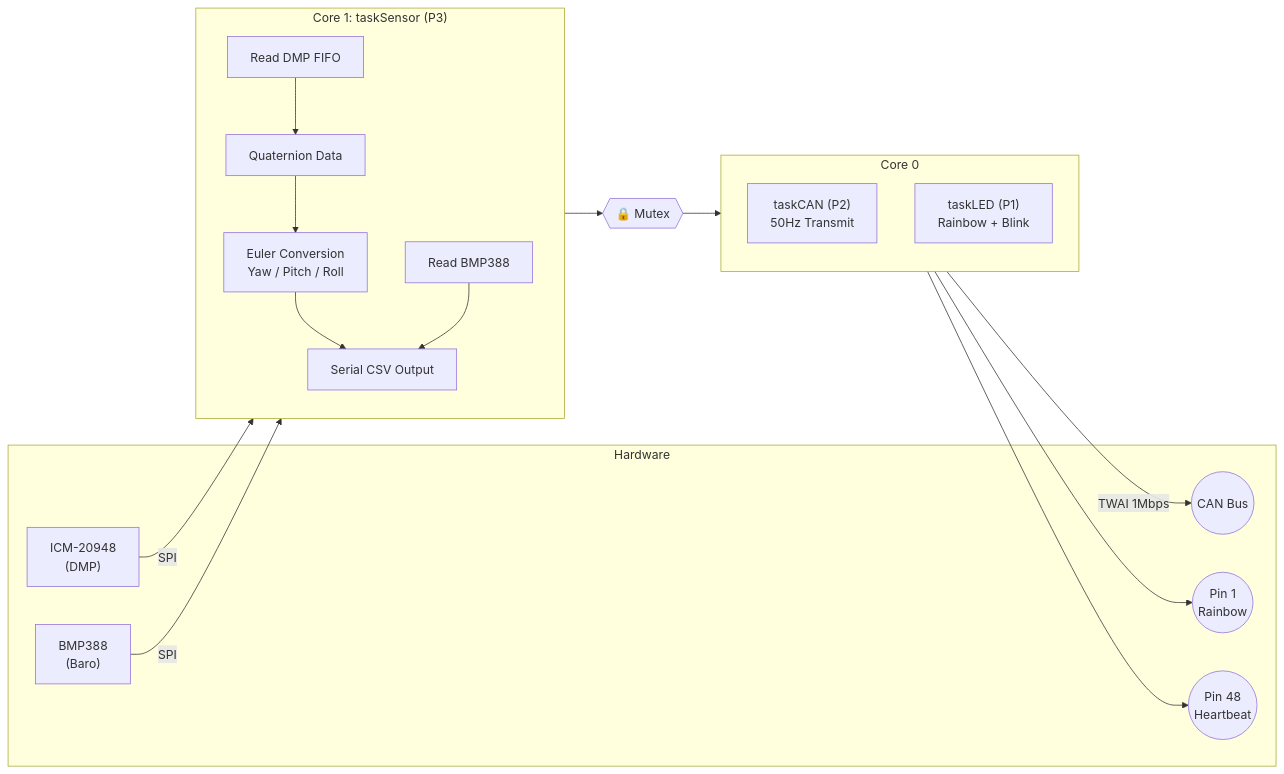
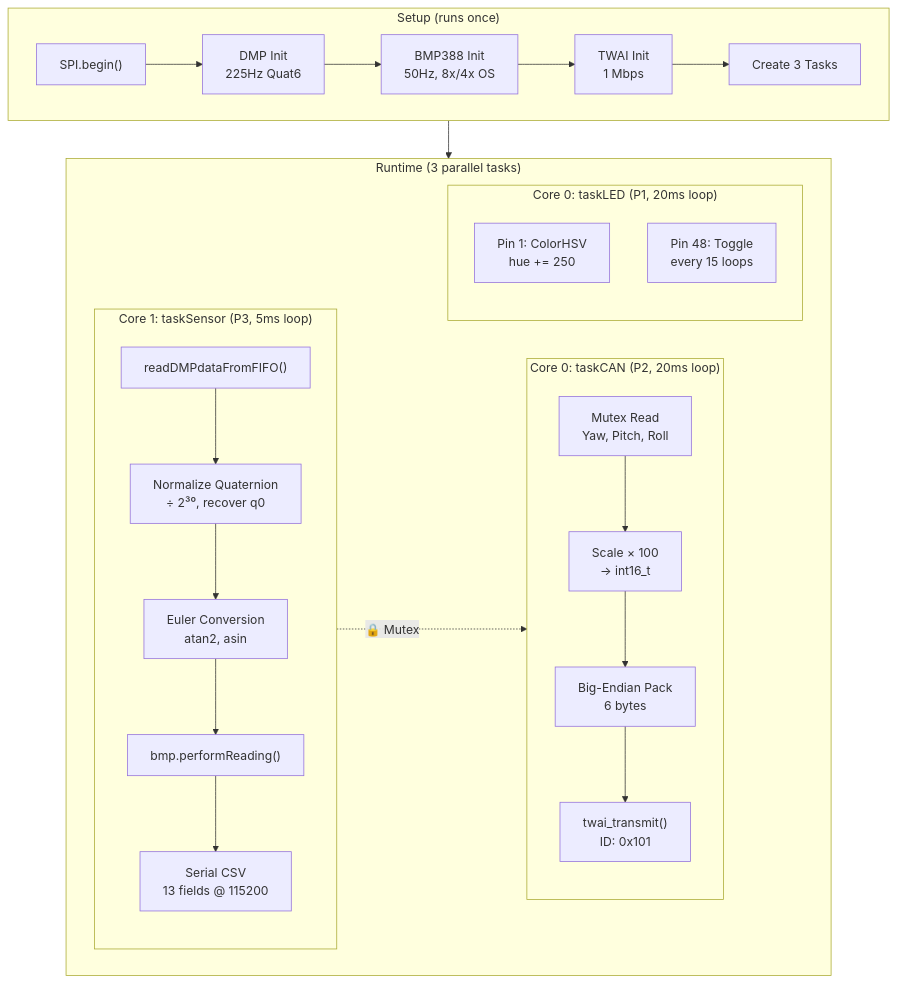
Before and after one commit to zwll0911/GY912_Module: the diagram in docs/ARCHITECTURE.md, drawn with Mermaid. The commit also changed other lines of this file and 5 other files, not shown here.

````diff
--- a/docs/ARCHITECTURE.md
+++ b/docs/ARCHITECTURE.md
@@ -46,38 +165,41 @@
 ```mermaid
-flowchart LR
-    subgraph Hardware
-        IMU["ICM-20948<br/>(DMP)"]
-        BARO["BMP388<br/>(Baro)"]
-        Bus((CAN Bus))
-        LED1((Pin 1<br/>Rainbow))
-        LED48((Pin 48<br/>Heartbeat))
+flowchart TD
+    subgraph BOOT ["Setup (runs once)"]
+        direction LR
+        SPI_Init["SPI.begin()"] --> ICM_Init["DMP Init<br/>225Hz Quat6"]
+        ICM_Init --> BMP_Init["BMP388 Init<br/>50Hz, 8x/4x OS"]
+        BMP_Init --> CAN_Init["TWAI Init<br/>1 Mbps"]
+        CAN_Init --> Tasks["Create 3 Tasks"]
     end
 
-    subgraph Core1 ["Core 1: taskSensor (P3)"]
-        direction TB
-        FIFO[Read DMP FIFO]
-        Quat[Quaternion Data]
-        Euler[Euler Conversion<br/>Yaw / Pitch / Roll]
-        BMP[Read BMP388]
-        CSV[Serial CSV Output]
+    subgraph RUNTIME ["Runtime (3 parallel tasks)"]
+        subgraph Core1 ["Core 1: taskSensor (P3, 5ms loop)"]
+            direction TB
+            FIFO["readDMPdataFromFIFO()"]
+            QNorm["Normalize Quaternion<br/>÷ 2³⁰, recover q0"]
+            EulerCalc["Euler Conversion<br/>atan2, asin"]
+            BaroRead["bmp.performReading()"]
+            SerialOut["Serial CSV<br/>13 fields @ 115200"]
+        end
+
+        subgraph Core0_CAN ["Core 0: taskCAN (P2, 20ms loop)"]
+            direction TB
+            MutexRead["Mutex Read<br/>Yaw, Pitch, Roll"]
+            Scale["Scale × 100<br/>→ int16_t"]
+            Pack["Big-Endian Pack<br/>6 bytes"]
+            Transmit["twai_transmit()<br/>ID: 0x101"]
+        end
+
+        subgraph Core0_LED ["Core 0: taskLED (P1, 20ms loop)"]
+            direction TB
+            Rainbow["Pin 1: ColorHSV<br/>hue += 250"]
+            Blink["Pin 48: Toggle<br/>every 15 loops"]
+        end
     end
 
-    subgraph Core0 ["Core 0"]
-        direction TB
-        CAN_Task["taskCAN (P2)<br/>50Hz Transmit"]
-        LED_Task["taskLED (P1)<br/>Rainbow + Blink"]
-    end
+    FIFO --> QNorm --> EulerCalc --> BaroRead --> SerialOut
+    EulerCalc -.->|"🔒 Mutex"| MutexRead
+    MutexRead --> Scale --> Pack --> Transmit
 
-    Mutex{{"🔒 Mutex"}}
-
-    %% Data Flow
-    IMU -->|SPI| FIFO
-    FIFO --> Quat --> Euler
-    BARO -->|SPI| BMP
-    Euler & BMP --> CSV
-    Euler --> Mutex
-    Mutex --> CAN_Task
-    CAN_Task -->|TWAI 1Mbps| Bus
-    LED_Task --> LED1
-    LED_Task --> LED48
+    BOOT --> RUNTIME
 ```
````
